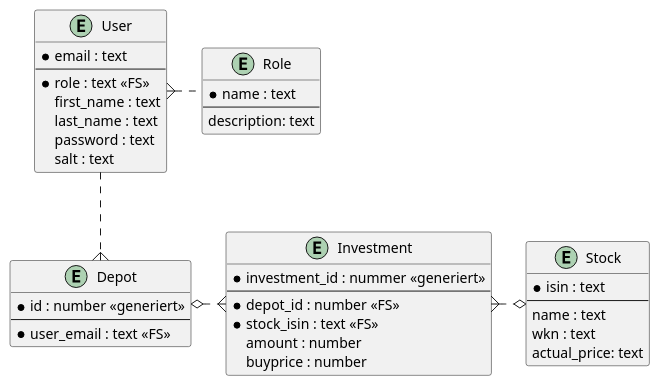
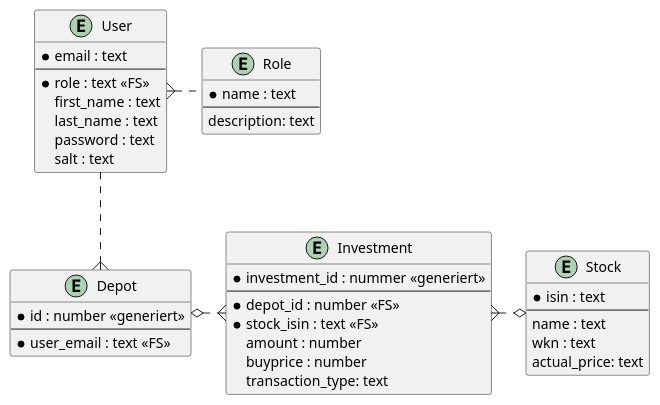
The diagram in backend/extras/doc/db/ER-Diagram.puml (AlexanderStecknitz/iDepot), drawn with PlantUML before and after one commit. The commit also changed 16 other files, not shown here.

```diff
--- a/backend/extras/doc/db/ER-Diagram.puml
+++ b/backend/extras/doc/db/ER-Diagram.puml
@@ -1,48 +1,49 @@
 @startuml
 skinparam linetype ortho
 
 entity "Stock" as stock {
   *isin : text
   --
   name : text
   wkn : text
   actual_price: text
 }
 
 entity "Depot" as depot {
   *id : number <<generiert>>
   --
   *user_email : text <<FS>>
 }
 
 entity "Investment" as investment {
   *investment_id : nummer <<generiert>>
   --
   *depot_id : number <<FS>>
   *stock_isin : text <<FS>>
   amount : number
   buyprice : number
+  transaction_type: text
 }
 
 entity "User" as user {
     *email : text
     --
     *role : text <<FS>>
     first_name : text
     last_name : text
     password : text
     salt : text
 }
 
 entity "Role" as role {
     *name : text
     --
     description: text
 }
 
 stock o.left.{ investment
 depot o.right.{ investment
 user ..{ depot
 role .left.{ user
 
 @enduml
```
